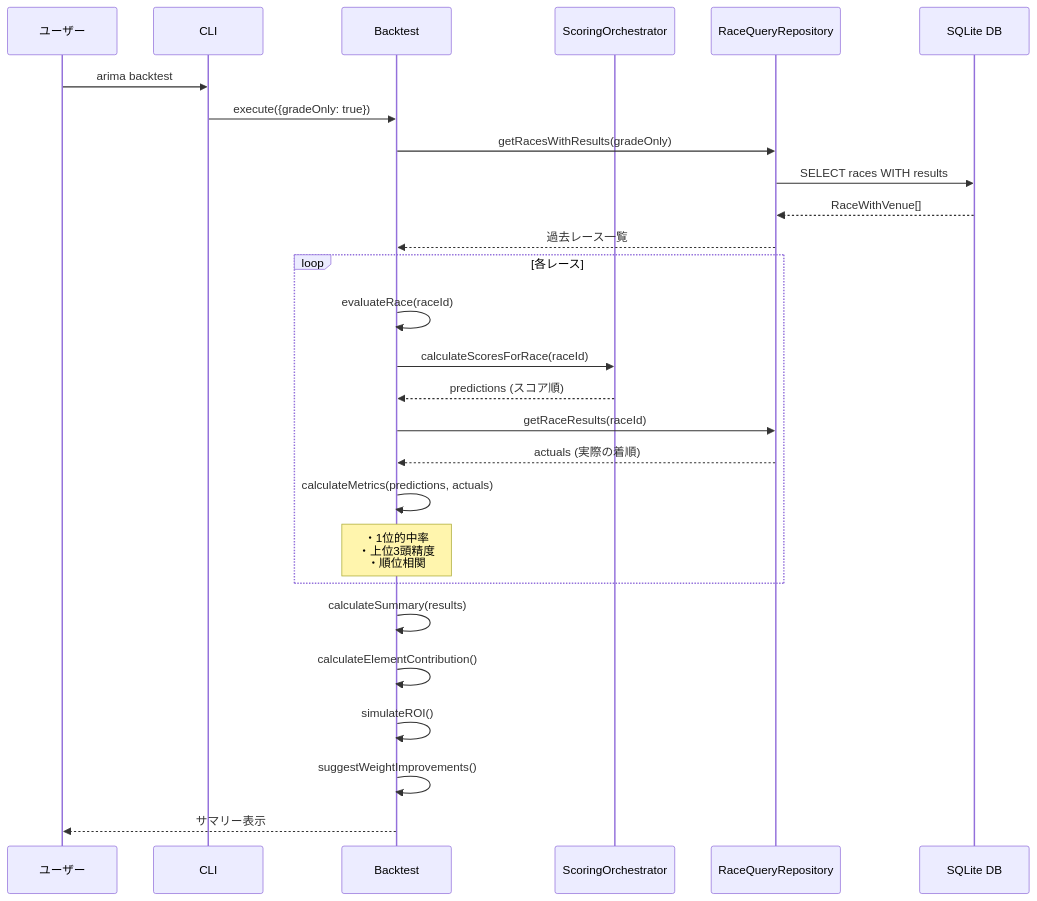
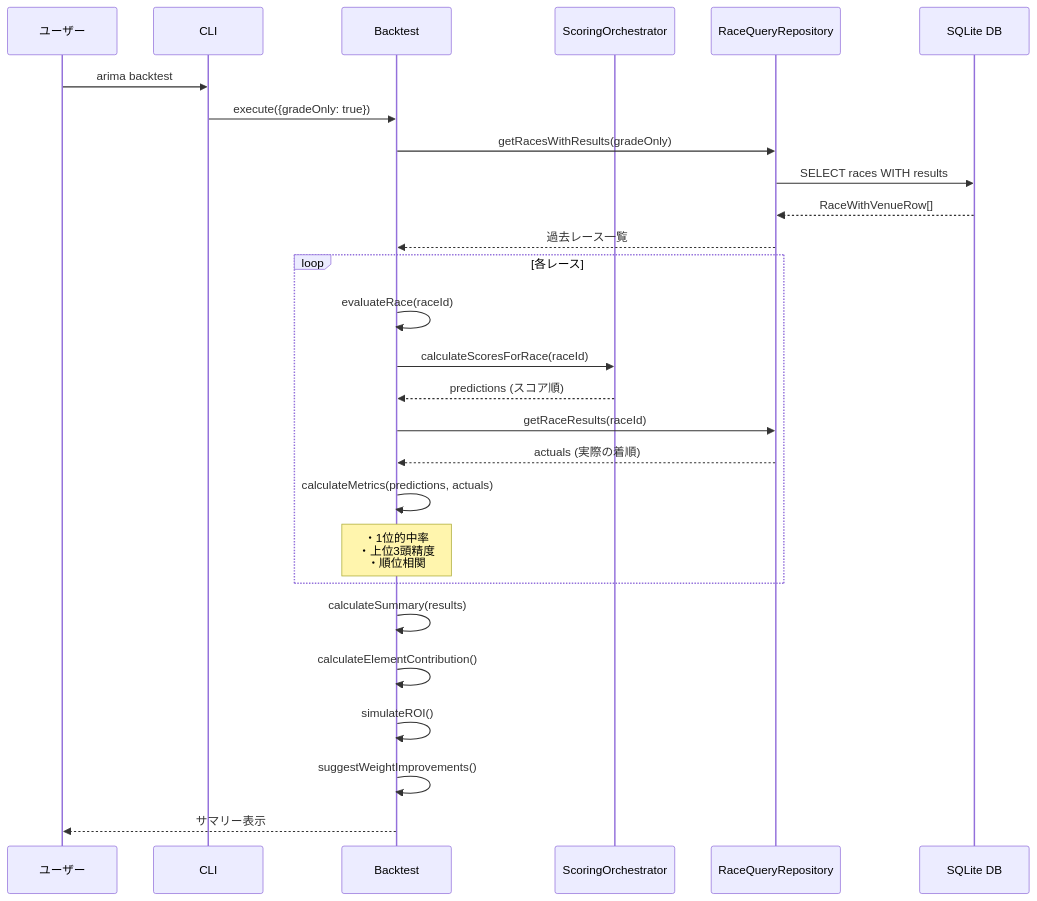
The eighth of 9 diagrams in docs/ARCHITECTURE.md (sogengineer/arima-analy), drawn with Mermaid before and after one commit. The commit also changed other lines of this file and 3 other files, not shown here.

````diff
--- a/docs/ARCHITECTURE.md
+++ b/docs/ARCHITECTURE.md
@@ -299,33 +299,33 @@
 ```mermaid
 sequenceDiagram
     participant User as ユーザー
     participant CLI as CLI
     participant BT as Backtest
     participant Orch as ScoringOrchestrator
     participant Repo as RaceQueryRepository
     participant DB as SQLite DB
 
     User->>CLI: arima backtest
     CLI->>BT: execute({gradeOnly: true})
 
     BT->>Repo: getRacesWithResults(gradeOnly)
     Repo->>DB: SELECT races WITH results
-    DB-->>Repo: RaceWithVenue[]
+    DB-->>Repo: RaceWithVenueRow[]
     Repo-->>BT: 過去レース一覧
 
     loop 各レース
         BT->>BT: evaluateRace(raceId)
         BT->>Orch: calculateScoresForRace(raceId)
         Orch-->>BT: predictions (スコア順)
         BT->>Repo: getRaceResults(raceId)
         Repo-->>BT: actuals (実際の着順)
         BT->>BT: calculateMetrics(predictions, actuals)
         Note over BT: ・1位的中率<br/>・上位3頭精度<br/>・順位相関
     end
 
     BT->>BT: calculateSummary(results)
     BT->>BT: calculateElementContribution()
     BT->>BT: simulateROI()
     BT->>BT: suggestWeightImprovements()
     BT-->>User: サマリー表示
 ```
````
